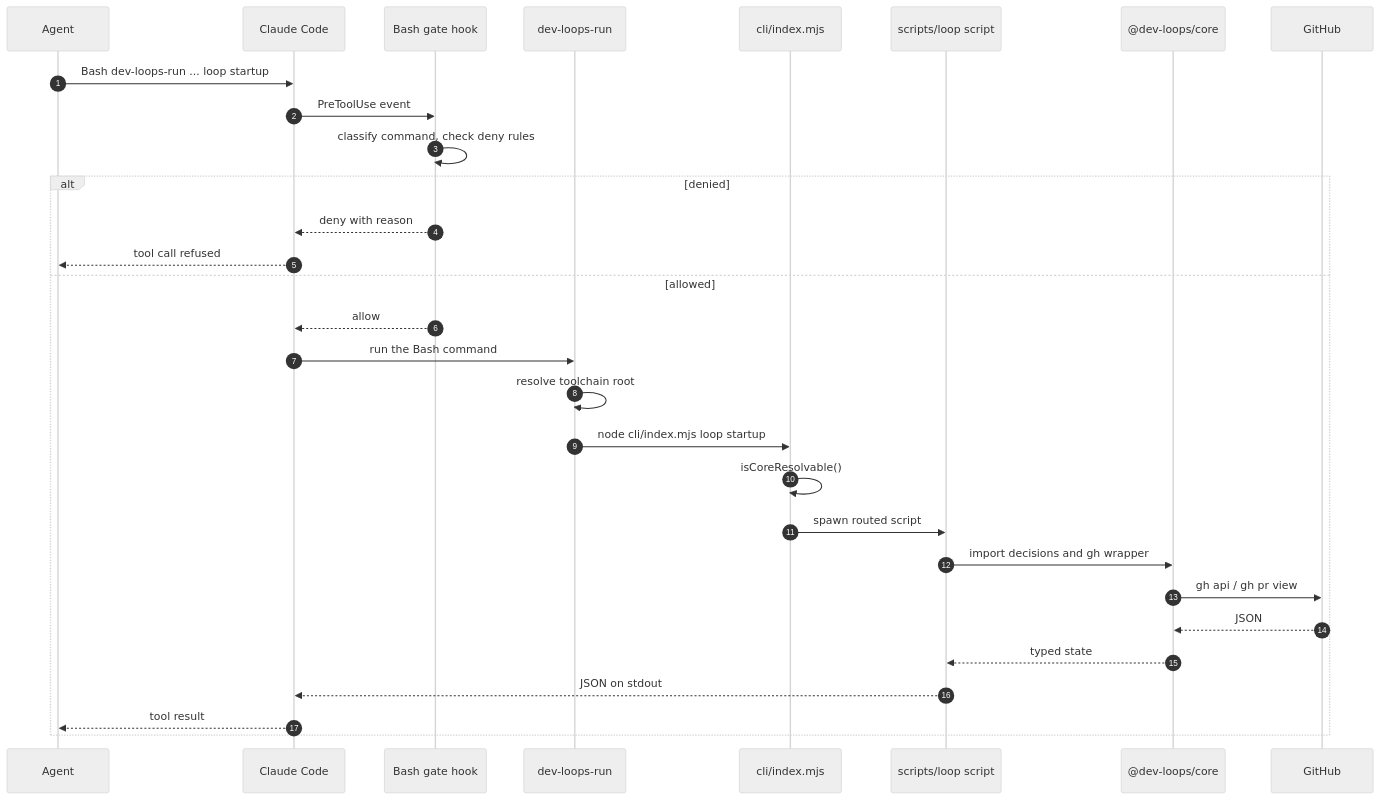
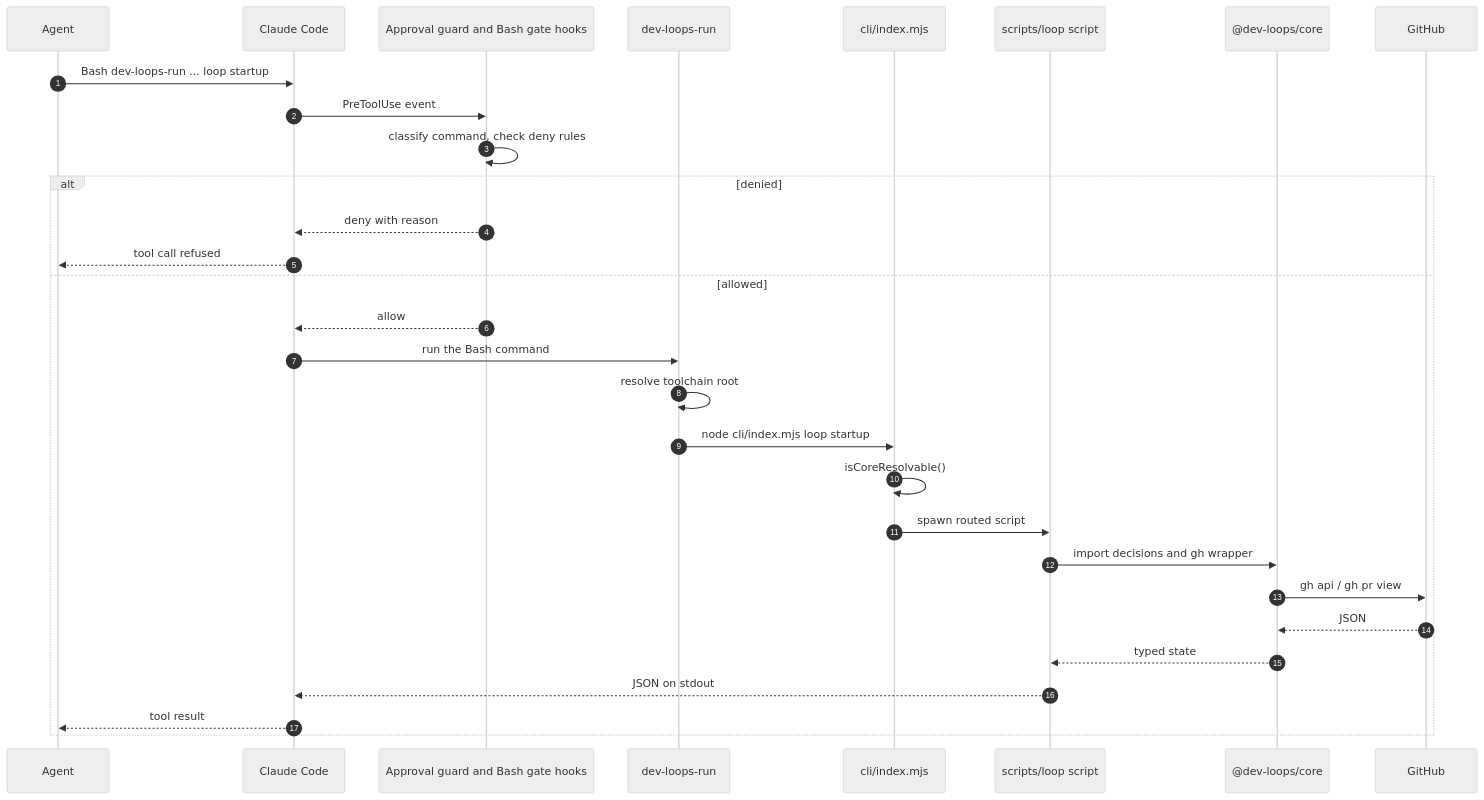
Before and after one commit to mfittko/dev-loops: diagram 11 of 14 in docs/atlas/01-system-context.md, drawn with Mermaid (neutral theme). The commit also changed other lines of this file, not shown here.

````diff
--- a/docs/atlas/01-system-context.md
+++ b/docs/atlas/01-system-context.md
@@ -312,32 +317,32 @@
 ```mermaid
 sequenceDiagram
   autonumber
   participant A as Agent
   participant X as Claude Code
-  participant H as Bash gate hook
+  participant H as Approval guard and Bash gate hooks
   participant L as dev-loops-run
   participant C as cli/index.mjs
   participant S as scripts/loop script
   participant K as @dev-loops/core
   participant G as GitHub
   A->>X: Bash dev-loops-run ... loop startup
   X->>H: PreToolUse event
   H->>H: classify command, check deny rules
   alt denied
     H-->>X: deny with reason
     X-->>A: tool call refused
   else allowed
     H-->>X: allow
     X->>L: run the Bash command
     L->>L: resolve toolchain root
     L->>C: node cli/index.mjs loop startup
     C->>C: isCoreResolvable()
     C->>S: spawn routed script
     S->>K: import decisions and gh wrapper
     K->>G: gh api / gh pr view
     G-->>K: JSON
     K-->>S: typed state
     S-->>X: JSON on stdout
     X-->>A: tool result
   end
 ```
````
